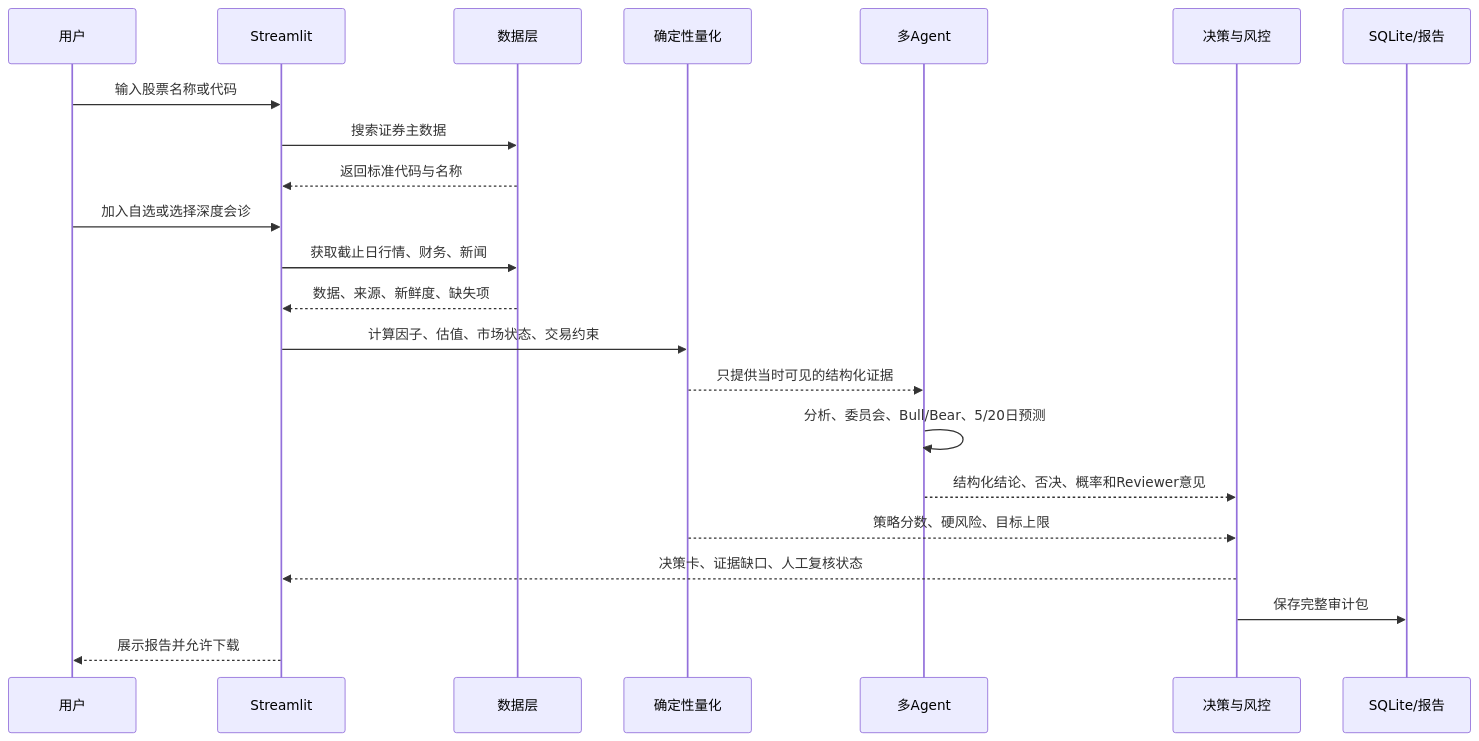
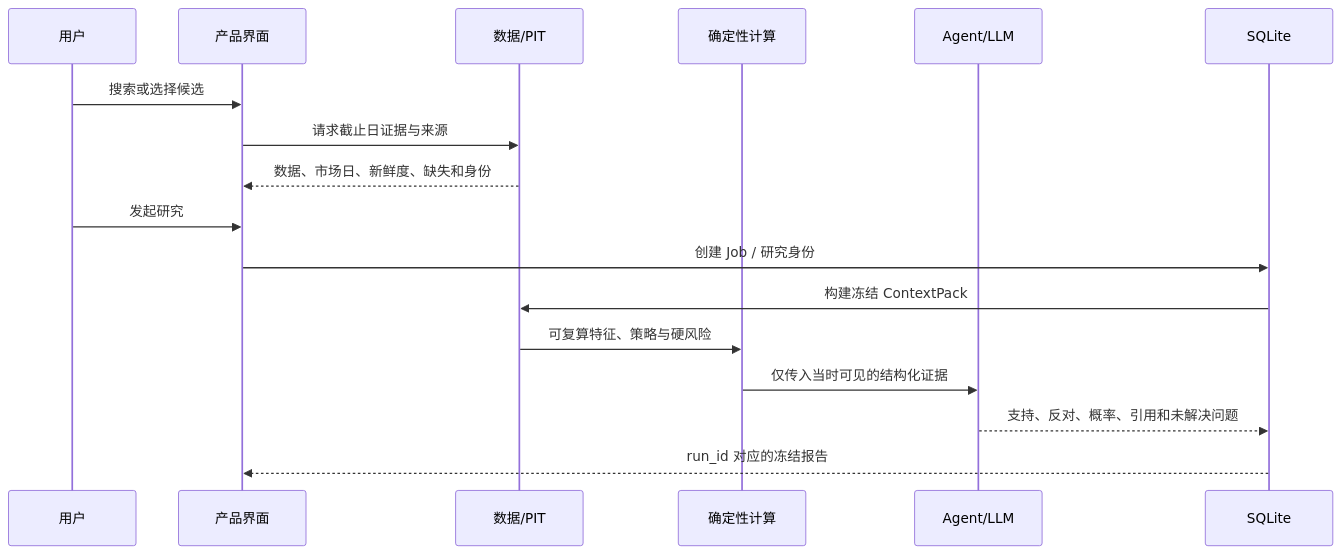
The third of 4 diagrams in docs/handbook/03_ARCHITECTURE_AND_DATA_FLOW.md (guoohhh/quantlab), drawn with Mermaid before and after one commit. The commit also changed other lines of this file and 229 other files, not shown here.

````diff
--- a/docs/handbook/03_ARCHITECTURE_AND_DATA_FLOW.md
+++ b/docs/handbook/03_ARCHITECTURE_AND_DATA_FLOW.md
@@ -233,25 +139,20 @@
 ```mermaid
 sequenceDiagram
     participant User as 用户
-    participant UI as Streamlit
-    participant Data as 数据层
-    participant Quant as 确定性量化
-    participant Agents as 多Agent
-    participant Gate as 决策与风控
-    participant DB as SQLite/报告
+    participant UI as 产品界面
+    participant Data as 数据/PIT
+    participant Quant as 确定性计算
+    participant AI as Agent/LLM
+    participant Store as SQLite
 
-    User->>UI: 输入股票名称或代码
-    UI->>Data: 搜索证券主数据
-    Data-->>UI: 返回标准代码与名称
-    User->>UI: 加入自选或选择深度会诊
-    UI->>Data: 获取截止日行情、财务、新闻
-    Data-->>UI: 数据、来源、新鲜度、缺失项
-    UI->>Quant: 计算因子、估值、市场状态、交易约束
-    Quant-->>Agents: 只提供当时可见的结构化证据
-    Agents->>Agents: 分析、委员会、Bull/Bear、5/20日预测
-    Agents-->>Gate: 结构化结论、否决、概率和Reviewer意见
-    Quant-->>Gate: 策略分数、硬风险、目标上限
-    Gate-->>UI: 决策卡、证据缺口、人工复核状态
-    Gate->>DB: 保存完整审计包
-    UI-->>User: 展示报告并允许下载
+    User->>UI: 搜索或选择候选
+    UI->>Data: 请求截止日证据与来源
+    Data-->>UI: 数据、市场日、新鲜度、缺失和身份
+    User->>UI: 发起研究
+    UI->>Store: 创建 Job / 研究身份
+    Store->>Data: 构建冻结 ContextPack
+    Data->>Quant: 可复算特征、策略与硬风险
+    Quant->>AI: 仅传入当时可见的结构化证据
+    AI-->>Store: 支持、反对、概率、引用和未解决问题
+    Store-->>UI: run_id 对应的冻结报告
 ```
````
